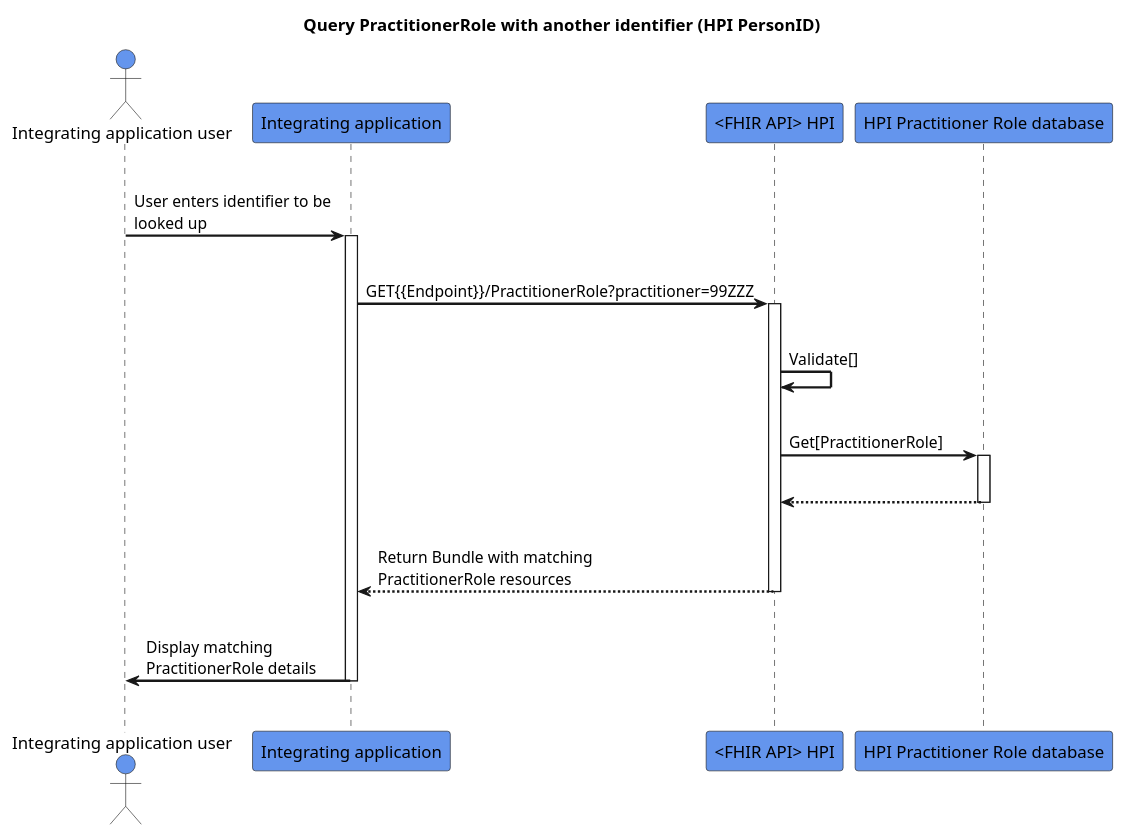
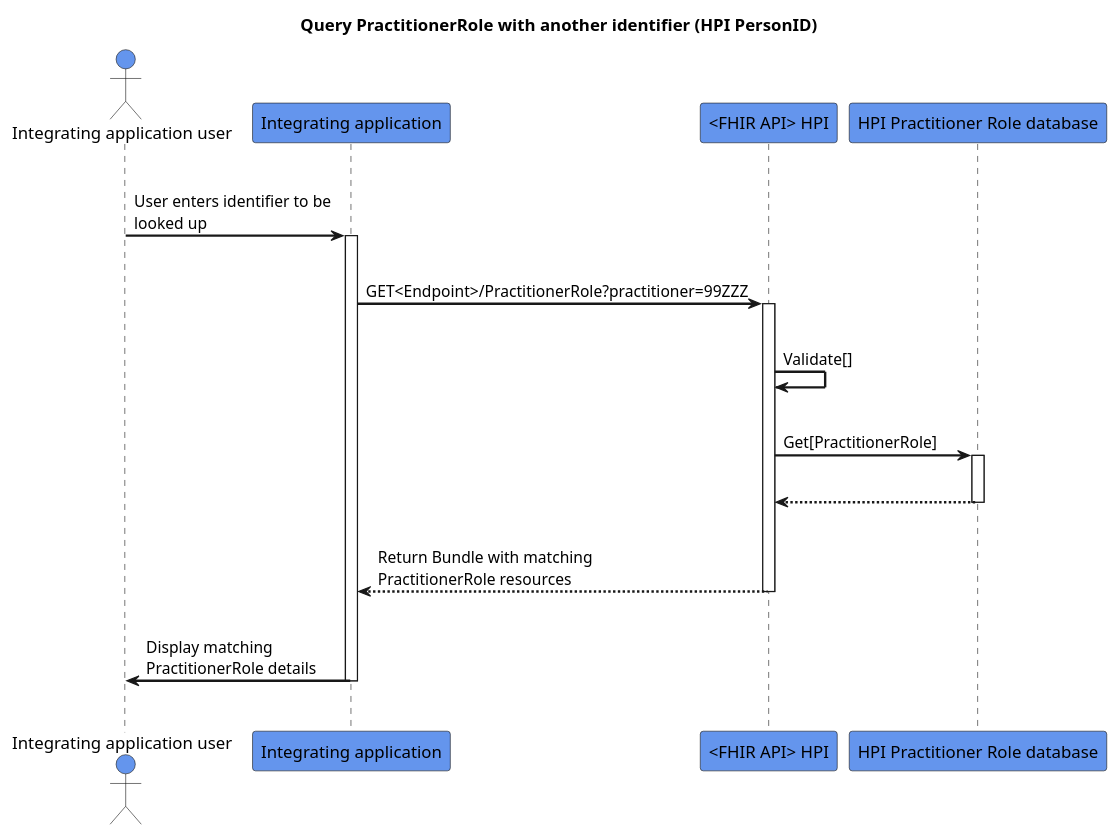
One commit to HL7NZ/hpi changed the diagram in input/images-source/query-practitionerrole.plantuml. Above: the diagram before and after it, drawn with PlantUML.

```diff
--- a/input/images-source/query-practitionerrole.plantuml
+++ b/input/images-source/query-practitionerrole.plantuml
@@ -1,32 +1,32 @@
 @startuml
 skinparam sequenceArrowThickness 2
 skinparam roundcorner 5
 skinparam maxmessagesize 180
 skinparam sequenceParticipant bold
 title Query PractitionerRole with another identifier (HPI PersonID)
 actor "Integrating application user" as User #CornflowerBlue
 participant "Integrating application" as A #CornflowerBlue
 participant "<FHIR API> HPI" as B #CornflowerBlue
 participant "HPI Practitioner Role database" as C #CornflowerBlue
 |||
 User -> A: User enters identifier to be looked up
 activate A
 |||
-A -> B: GET{{Endpoint}}/PractitionerRole?practitioner=99ZZZ
+A -> B: GET<Endpoint>/PractitionerRole?practitioner=99ZZZ
 activate B
 |||
 B -> B: Validate[]
 |||
 B -> C: Get[PractitionerRole]
 activate C
 |||
 C -[dashed]-> B:  
 deactivate C
 |||
 B -[dashed]-> A:Return Bundle with matching PractitionerRole resources
 deactivate B
 |||
 A -> User: Display matching PractitionerRole details
 deactivate A
 |||
 @enduml
```
